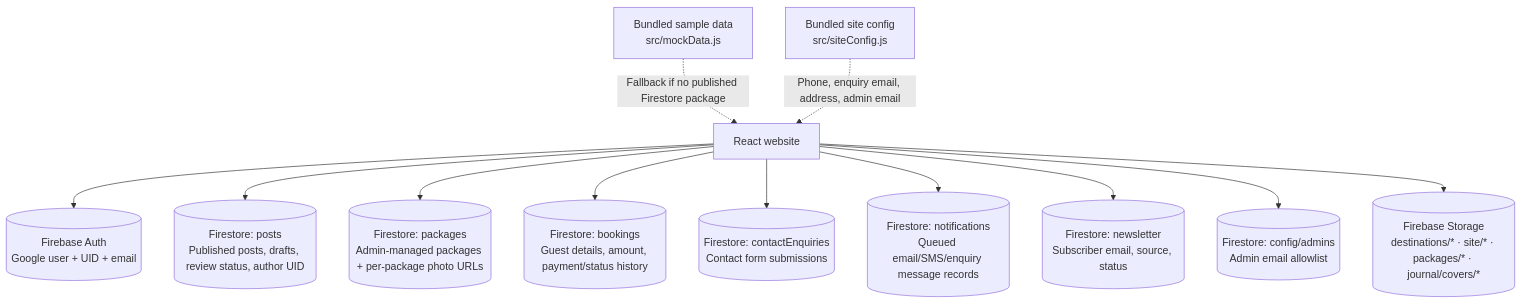
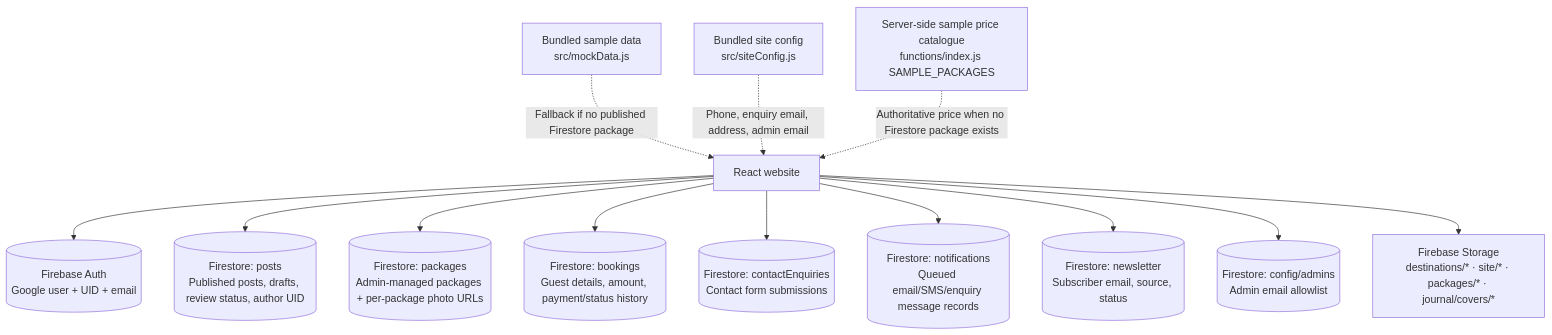
Before and after one commit to connect2devinder-arch/Tour-Travel: the second of 7 diagrams in docs/website-working-flow.md, drawn with Mermaid. The commit also changed other lines of this file, not shown here.

First line of the commit message:
Update working-flow doc for Firestore, Razorpay and fixed diagrams

````diff
--- a/docs/website-working-flow.md
+++ b/docs/website-working-flow.md
@@ -51,16 +66,17 @@
 ```mermaid
 flowchart TB
-    App[React website]
-    App --> Auth[(Firebase Auth\nGoogle user + UID + email)]
-    App --> Posts[(Firestore: posts\nPublished posts, drafts, review status, author UID)]
-    App --> Packages[(Firestore: packages\nAdmin-managed packages + per-package photo URLs)]
-    App --> Bookings[(Firestore: bookings\nGuest details, amount, payment/status history)]
-    App --> Enquiries[(Firestore: contactEnquiries\nContact form submissions)]
-    App --> Notifications[(Firestore: notifications\nQueued email/SMS/enquiry message records)]
-    App --> Newsletter[(Firestore: newsletter\nSubscriber email, source, status)]
-    App --> Admins[(Firestore: config/admins\nAdmin email allowlist)]
-    App --> Media[(Firebase Storage\ndestinations/* · site/* · packages/* · journal/covers/*)]
+    App["React website"]
+    App --> Auth[("Firebase Auth<br/>Google user + UID + email")]
+    App --> Posts[("Firestore: posts<br/>Published posts, drafts, review status, author UID")]
+    App --> Packages[("Firestore: packages<br/>Admin-managed packages + per-package photo URLs")]
+    App --> Bookings[("Firestore: bookings<br/>Guest details, amount, payment/status history")]
+    App --> Enquiries[("Firestore: contactEnquiries<br/>Contact form submissions")]
+    App --> Notifications[("Firestore: notifications<br/>Queued email/SMS/enquiry message records")]
+    App --> Newsletter[("Firestore: newsletter<br/>Subscriber email, source, status")]
+    App --> Admins[("Firestore: config/admins<br/>Admin email allowlist")]
+    App --> Media["Firebase Storage<br/>destinations/* · site/* · packages/* · journal/covers/*"]
 
-    Static[Bundled sample data\nsrc/mockData.js] -.->|Fallback if no published Firestore package| App
-    Config[Bundled site config\nsrc/siteConfig.js] -.->|Phone, enquiry email, address, admin email| App
+    Static["Bundled sample data<br/>src/mockData.js"] -.->|"Fallback if no published Firestore package"| App
+    Config["Bundled site config<br/>src/siteConfig.js"] -.->|"Phone, enquiry email, address, admin email"| App
+    ServerCatalogue["Server-side sample price catalogue<br/>functions/index.js SAMPLE_PACKAGES"] -.->|"Authoritative price when no Firestore package exists"| App
 ```
````
